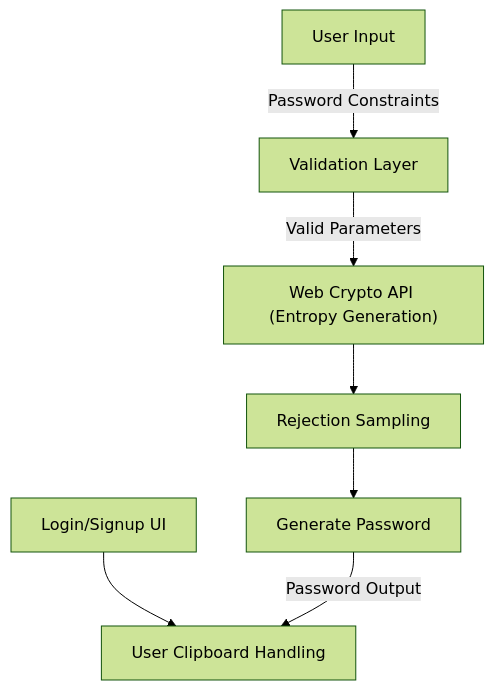
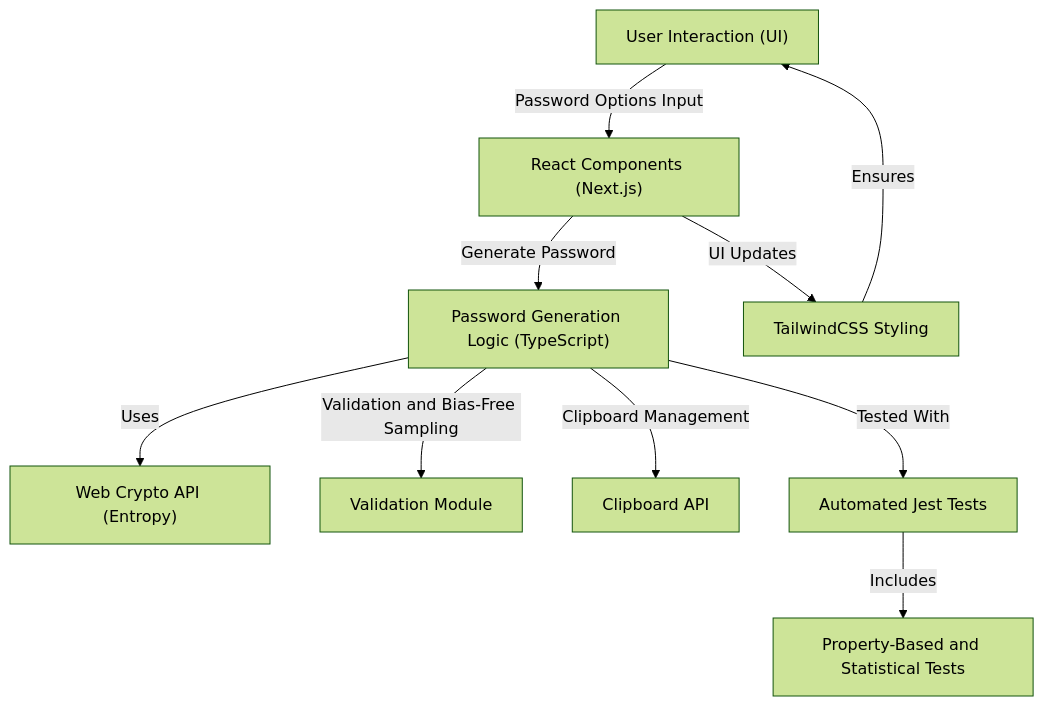
Before and after one commit to EF361/entropass: the diagram in README.md, drawn with Mermaid (forest theme). The commit also changed other lines of this file, not shown here.

````diff
--- a/README.md
+++ b/README.md
@@ -32,9 +32,12 @@
 ```mermaid
-graph TD
-    A["User Input"] -->|Password Constraints| B["Validation Layer"]
-    B -->|Valid Parameters| C["Web Crypto API (Entropy Generation)"]
-    C --> D["Rejection Sampling"]
-    D --> E["Generate Password"]
-    F["Login/Signup UI"] --> G["User Clipboard Handling"]
-    E -->|Password Output| G
+flowchart TD
+    A["User Interaction (UI)"] -->|"Password Options Input"| B["React Components (Next.js)"]
+    B["React Components (Next.js)"] -->|"Generate Password"| C["Password Generation Logic (TypeScript)"]
+    C["Password Generation Logic (TypeScript)"] -->|"Uses"| D["Web Crypto API (Entropy)"]
+    C["Password Generation Logic (TypeScript)"] -->|"Validation and Bias-Free Sampling"| E["Validation Module"]
+    C["Password Generation Logic (TypeScript)"] -->|"Clipboard Management"| F["Clipboard API"]
+    B["React Components (Next.js)"] -->|"UI Updates"| G["TailwindCSS Styling"]
+    G["TailwindCSS Styling"] -->|"Ensures"| A["User Interaction (UI)"]
+    C["Password Generation Logic (TypeScript)"] -->|"Tested With"| H["Automated Jest Tests"]
+    H["Automated Jest Tests"] -->|"Includes"| I["Property-Based and Statistical Tests"]
 ```
````
